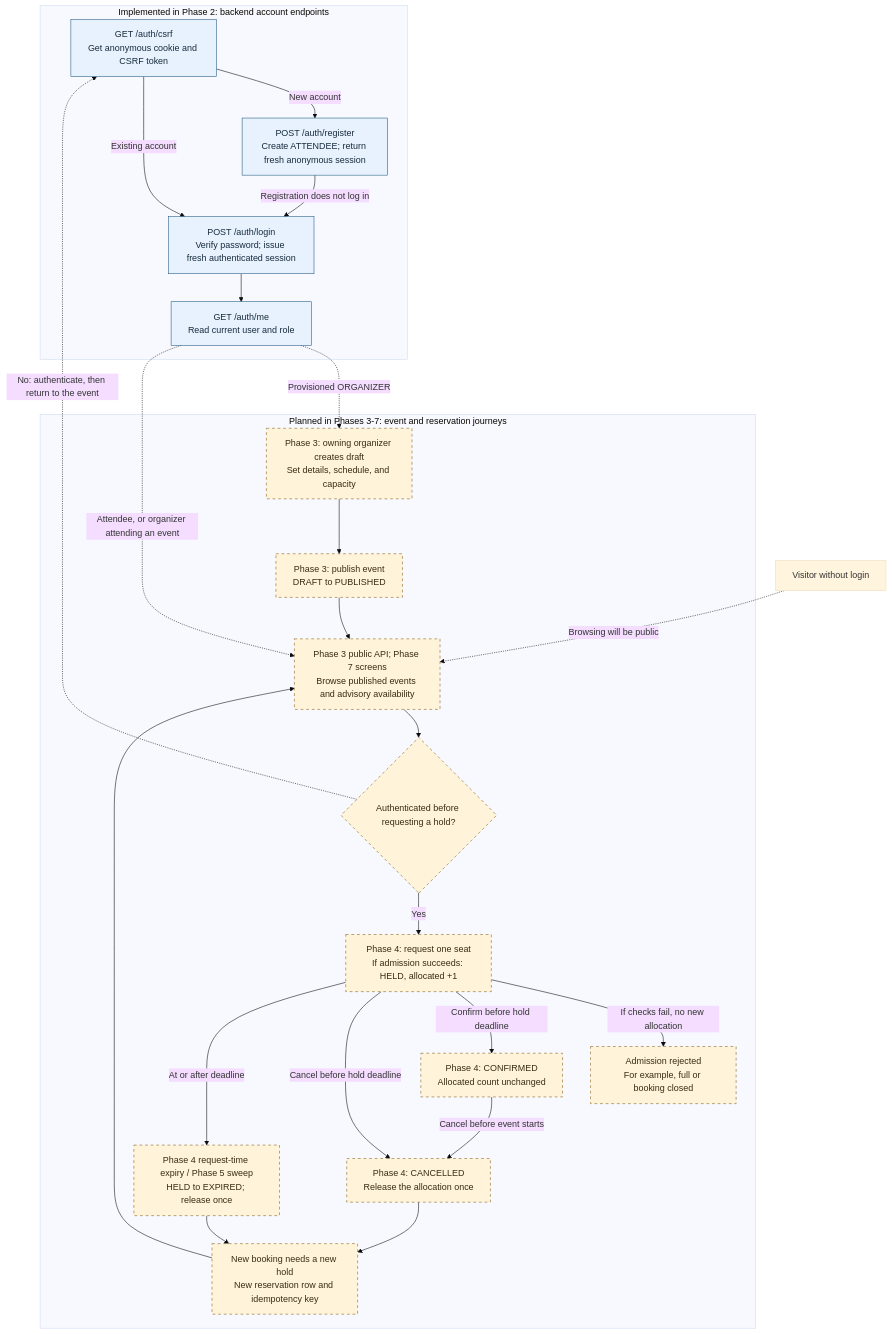
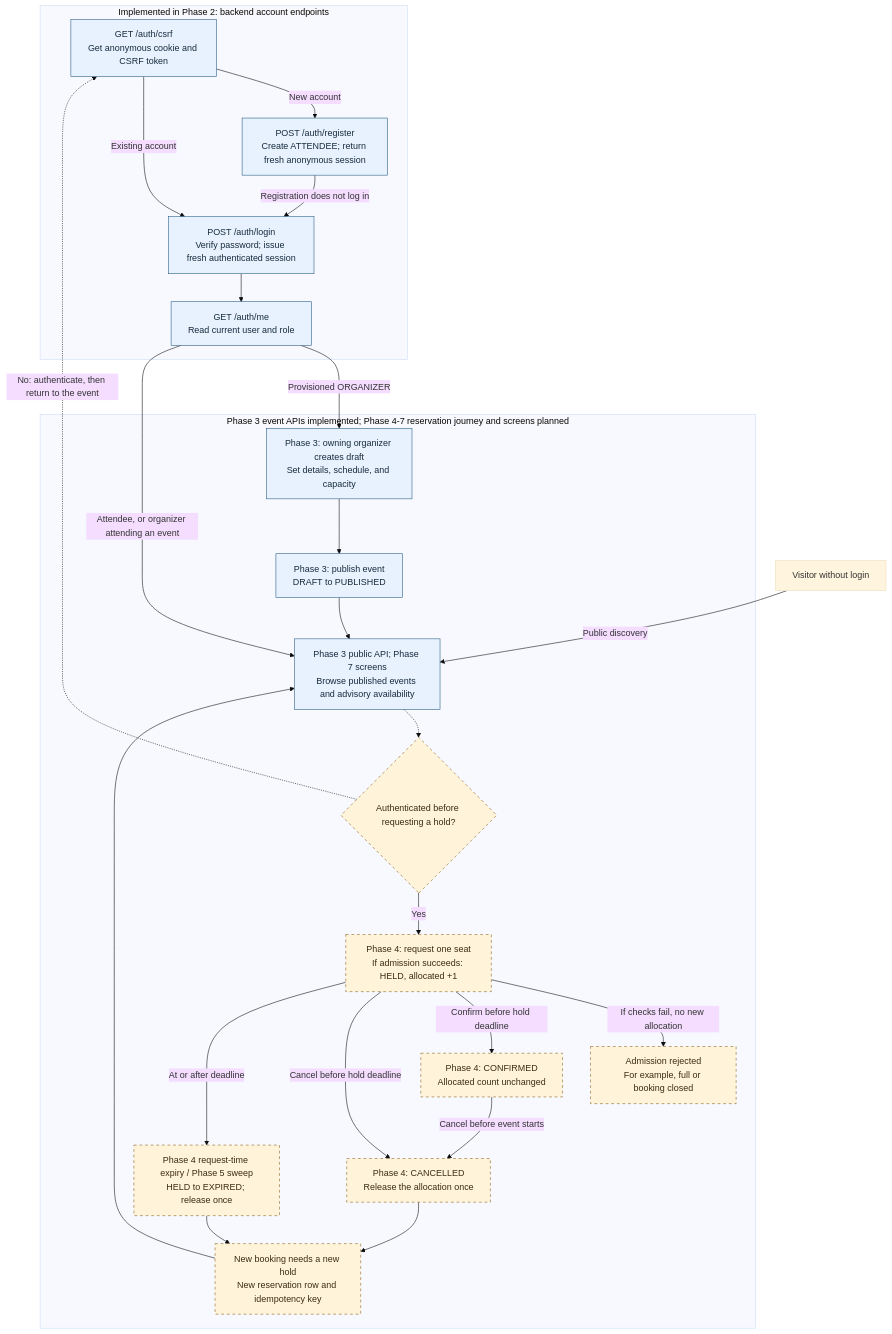
The second of 3 diagrams in docs/architecture.md (ShreyasKowshal/Concurrency-Safe-Reservation-System), drawn with Mermaid (base theme) before and after one commit. The commit also changed other lines of this file and 24 other files, not shown here.

Commit message:
feat: implement organizer event management

````diff
--- a/docs/architecture.md
+++ b/docs/architecture.md
@@ -169,50 +176,50 @@
 ```mermaid
 flowchart TD
     subgraph Accounts["Implemented in Phase 2: backend account endpoints"]
         Bootstrap["GET /auth/csrf<br/>Get anonymous cookie and CSRF token"]
         Register["POST /auth/register<br/>Create ATTENDEE; return fresh anonymous session"]
         Login["POST /auth/login<br/>Verify password; issue fresh authenticated session"]
         Identity["GET /auth/me<br/>Read current user and role"]
         Bootstrap -->|"New account"| Register
         Bootstrap -->|"Existing account"| Login
         Register -->|"Registration does not log in"| Login
         Login --> Identity
     end
 
     Visitor["Visitor without login"]
-    subgraph Journeys["Planned in Phases 3-7: event and reservation journeys"]
+    subgraph Journeys["Phase 3 event APIs implemented; Phase 4-7 reservation journey and screens planned"]
         Draft["Phase 3: owning organizer creates draft<br/>Set details, schedule, and capacity"]
         Publish["Phase 3: publish event<br/>DRAFT to PUBLISHED"]
         Browse["Phase 3 public API; Phase 7 screens<br/>Browse published events and advisory availability"]
         SignedIn{"Authenticated before requesting a hold?"}
         Hold["Phase 4: request one seat<br/>If admission succeeds: HELD, allocated +1"]
         Rejected["Admission rejected<br/>For example, full or booking closed"]
         Confirmed["Phase 4: CONFIRMED<br/>Allocated count unchanged"]
         Cancelled["Phase 4: CANCELLED<br/>Release the allocation once"]
         Expired["Phase 4 request-time expiry / Phase 5 sweep<br/>HELD to EXPIRED; release once"]
         Rebook["New booking needs a new hold<br/>New reservation row and idempotency key"]
 
         Draft --> Publish
         Publish --> Browse
-        Browse --> SignedIn
+        Browse -.-> SignedIn
         SignedIn -->|"Yes"| Hold
         Hold -->|"If checks fail, no new allocation"| Rejected
         Hold -->|"Confirm before hold deadline"| Confirmed
         Hold -->|"Cancel before hold deadline"| Cancelled
         Hold -->|"At or after deadline"| Expired
         Confirmed -->|"Cancel before event starts"| Cancelled
         Cancelled --> Rebook
         Expired --> Rebook
         Rebook --> Browse
     end
 
-    Identity -.->|"Provisioned ORGANIZER"| Draft
-    Identity -.->|"Attendee, or organizer attending an event"| Browse
-    Visitor -.->|"Browsing will be public"| Browse
+    Identity -->|"Provisioned ORGANIZER"| Draft
+    Identity -->|"Attendee, or organizer attending an event"| Browse
+    Visitor -->|"Public discovery"| Browse
     SignedIn -.->|"No: authenticate, then return to the event"| Bootstrap
 
     classDef implemented fill:#e8f2ff,stroke:#245a81,color:#172b3a;
     classDef planned fill:#fff4da,stroke:#865c13,color:#3a2b13,stroke-dasharray:5 5;
-    class Bootstrap,Register,Login,Identity implemented;
-    class Draft,Publish,Browse,SignedIn,Hold,Rejected,Confirmed,Cancelled,Expired,Rebook planned;
+    class Bootstrap,Register,Login,Identity,Draft,Publish,Browse implemented;
+    class SignedIn,Hold,Rejected,Confirmed,Cancelled,Expired,Rebook planned;
 ```
````
